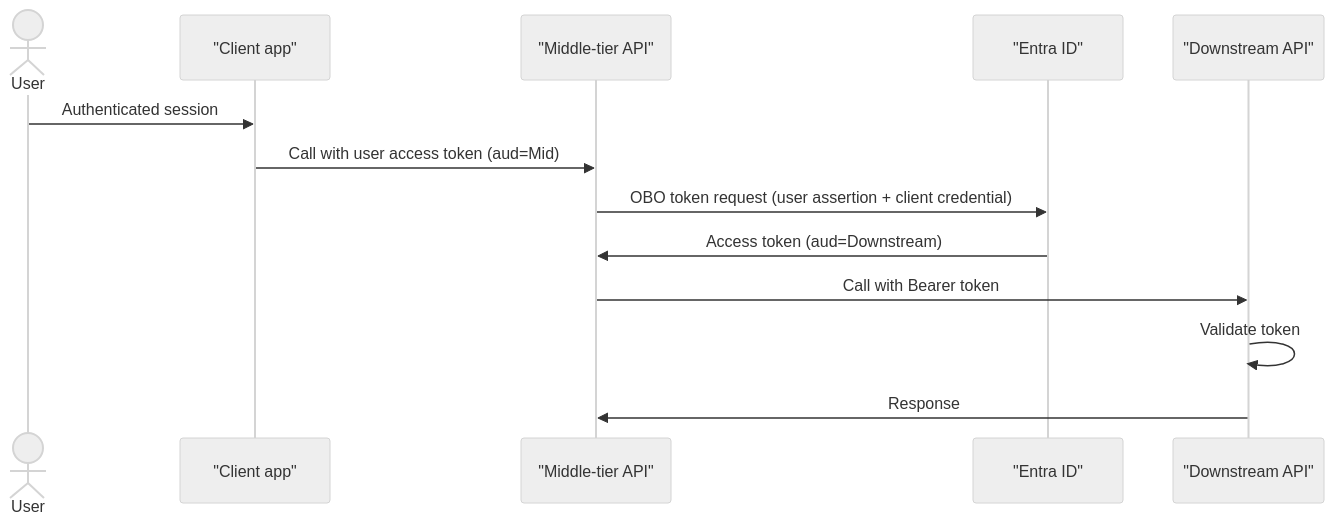
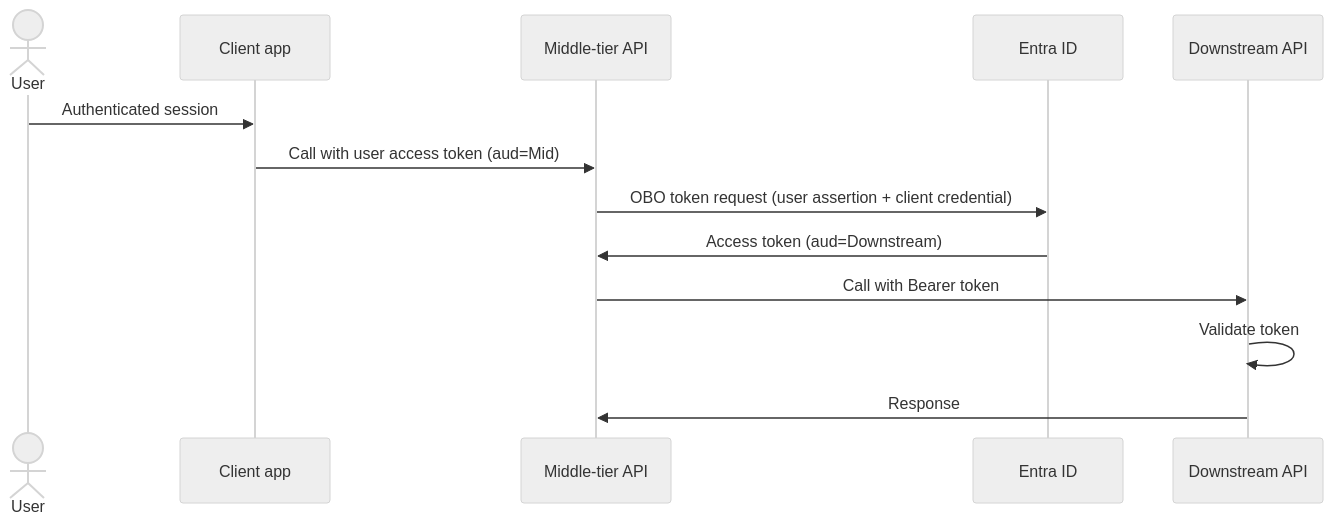
The fifth of 5 diagrams in docs/04-api-oauth-obo.md (jetri/sso-landscape), drawn with Mermaid (neutral theme) before and after one commit. The commit also changed other lines of this file, not shown here.

Commit message:
updates to API oauth

````diff
--- a/docs/04-api-oauth-obo.md
+++ b/docs/04-api-oauth-obo.md
@@ -132,16 +134,16 @@
 ```mermaid
 sequenceDiagram
   actor User
-  participant Client as "Client app"
-  participant Mid as "Middle-tier API"
-  participant Entra as "Entra ID"
-  participant Down as "Downstream API"
+  participant Client as Client app
+  participant Mid as Middle-tier API
+  participant Entra as Entra ID
+  participant Down as Downstream API
 
   User->>Client: Authenticated session
   Client->>Mid: Call with user access token (aud=Mid)
   Mid->>Entra: OBO token request (user assertion + client credential)
   Entra->>Mid: Access token (aud=Downstream)
   Mid->>Down: Call with Bearer token
   Down->>Down: Validate token
   Down->>Mid: Response
 ```
````
